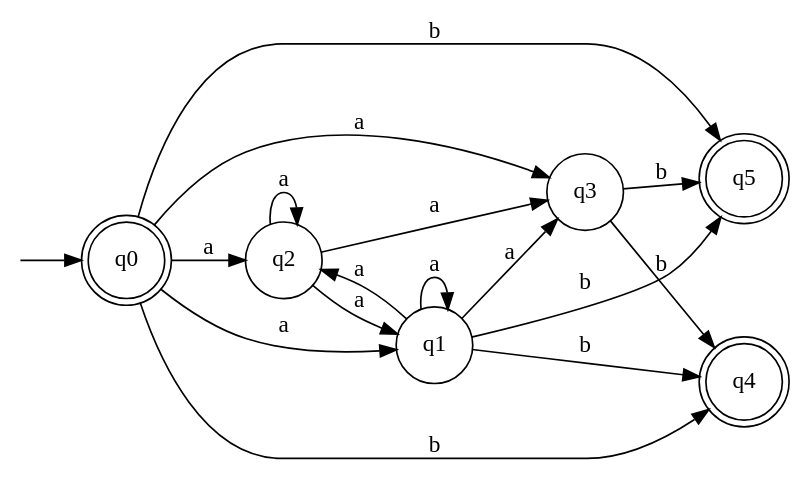
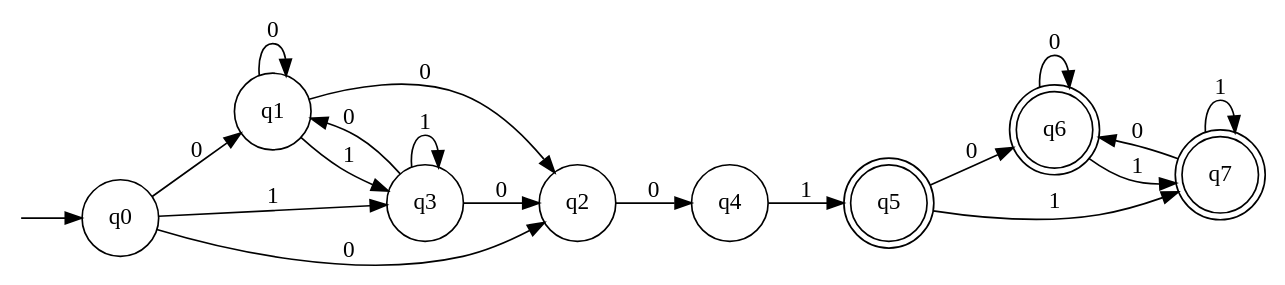
Before and after one commit to water-mizuu/finite_automata_conversion: the diagram in nfa.dot, drawn with Graphviz. The commit also changed 13 other files, not shown here.

```diff
--- a/nfa.dot
+++ b/nfa.dot
@@ -1,26 +1,30 @@
 digraph G {
   rankdir=LR;
   n__ [label="" shape=none width=.0];
-  0 [shape=doublecircle label="q0"]
-  1 [shape=doublecircle label="q5"]
-  6 [shape=circle label="q2"]
-  7 [shape=circle label="q1"]
-  8 [shape=circle label="q3"]
-  9 [shape=doublecircle label="q4"]
+  0 [shape=circle label="q0"]
+  1 [shape=circle label="q1"]
+  2 [shape=circle label="q3"]
+  3 [shape=circle label="q2"]
+  4 [shape=circle label="q4"]
+  5 [shape=doublecircle label="q5"]
+  6 [shape=doublecircle label="q6"]
+  7 [shape=doublecircle label="q7"]
   n__ -> 0;
-  0 -> 7 [label="a"];
-  0 -> 6 [label="a"];
-  0 -> 8 [label="a"];
-  6 -> 7 [label="a"];
-  6 -> 6 [label="a"];
-  6 -> 8 [label="a"];
-  7 -> 7 [label="a"];
-  7 -> 6 [label="a"];
-  7 -> 8 [label="a"];
-  0 -> 9 [label="b"];
-  0 -> 1 [label="b"];
-  7 -> 9 [label="b"];
-  7 -> 1 [label="b"];
-  8 -> 9 [label="b"];
-  8 -> 1 [label="b"];
+  0 -> 1 [label="0"];
+  0 -> 3 [label="0"];
+  1 -> 1 [label="0"];
+  1 -> 3 [label="0"];
+  2 -> 1 [label="0"];
+  2 -> 3 [label="0"];
+  3 -> 4 [label="0"];
+  5 -> 6 [label="0"];
+  6 -> 6 [label="0"];
+  7 -> 6 [label="0"];
+  0 -> 2 [label="1"];
+  1 -> 2 [label="1"];
+  2 -> 2 [label="1"];
+  4 -> 5 [label="1"];
+  5 -> 7 [label="1"];
+  6 -> 7 [label="1"];
+  7 -> 7 [label="1"];
 }
```
